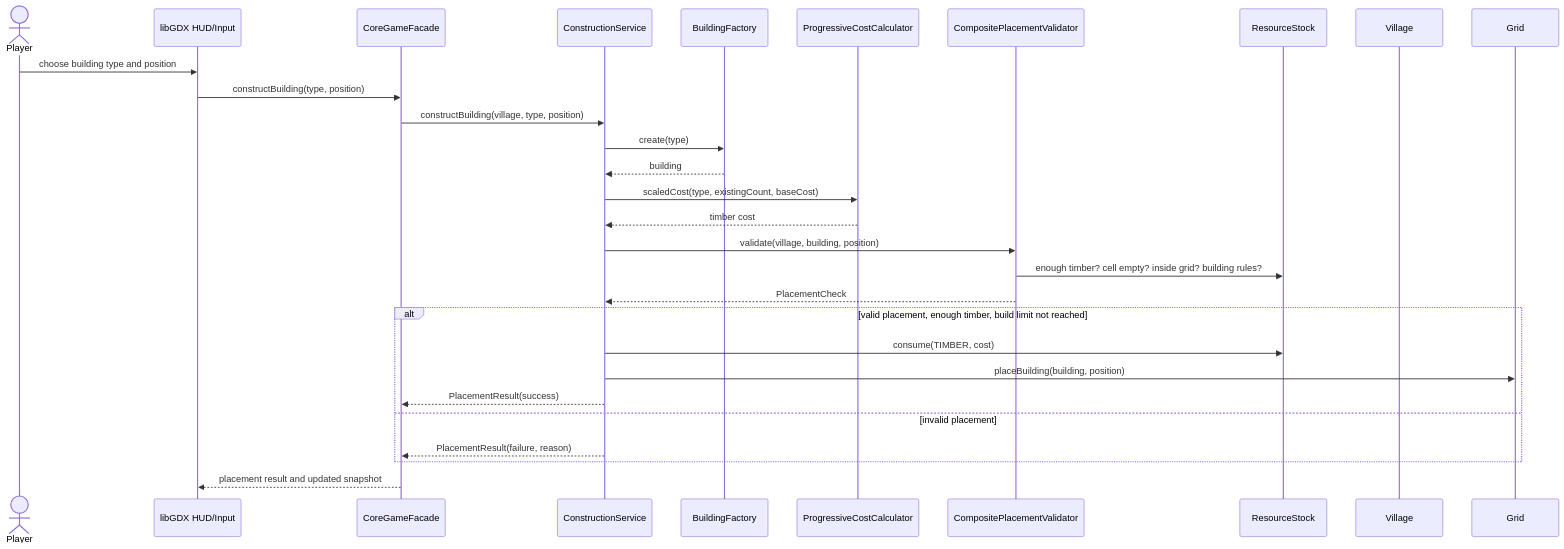
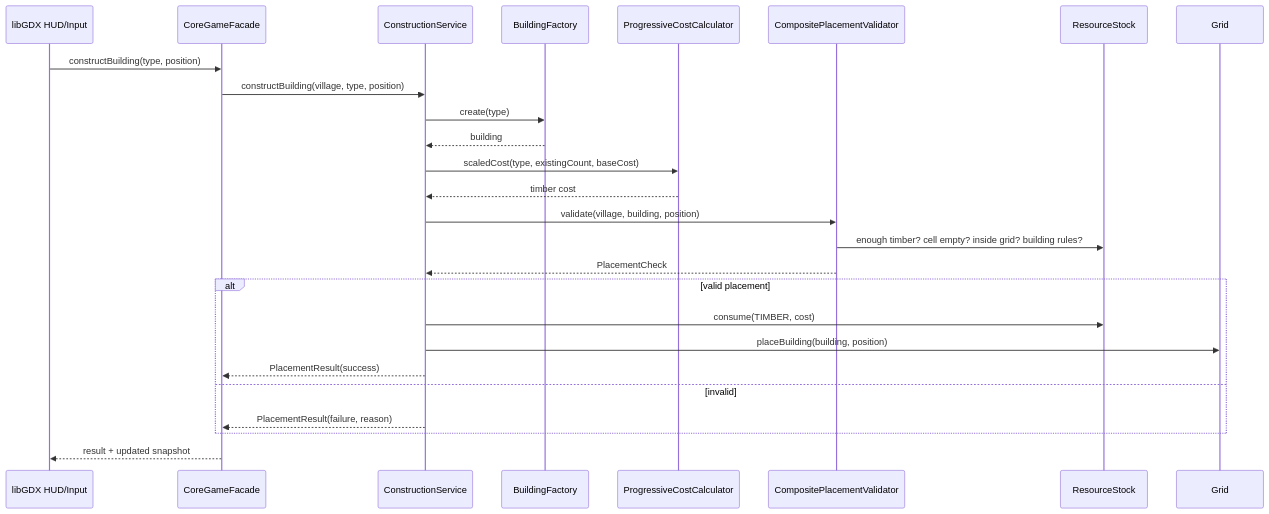
One commit to edope704/DaimyoSimulator changed diagram 11 of 14 in docs/DesignDocument.md. Above: the diagram before and after it, drawn with Mermaid. The commit also changed other lines of this file, not shown here.

````diff
--- a/docs/DesignDocument.md
+++ b/docs/DesignDocument.md
@@ -755,32 +365,29 @@
 ```mermaid
 sequenceDiagram
-    actor Player
     participant UI as libGDX HUD/Input
     participant C as CoreGameFacade
     participant CS as ConstructionService
     participant BF as BuildingFactory
     participant Cost as ProgressiveCostCalculator
     participant Val as CompositePlacementValidator
     participant RS as ResourceStock
-    participant V as Village
     participant G as Grid
 
-    Player->>UI: choose building type and position
     UI->>C: constructBuilding(type, position)
     C->>CS: constructBuilding(village, type, position)
     CS->>BF: create(type)
     BF-->>CS: building
     CS->>Cost: scaledCost(type, existingCount, baseCost)
     Cost-->>CS: timber cost
     CS->>Val: validate(village, building, position)
     Val->>RS: enough timber? cell empty? inside grid? building rules?
     Val-->>CS: PlacementCheck
-    alt valid placement, enough timber, build limit not reached
+    alt valid placement
         CS->>RS: consume(TIMBER, cost)
         CS->>G: placeBuilding(building, position)
         CS-->>C: PlacementResult(success)
-    else invalid placement
+    else invalid
         CS-->>C: PlacementResult(failure, reason)
     end
-    C-->>UI: placement result and updated snapshot
+    C-->>UI: result + updated snapshot
 ```
````
